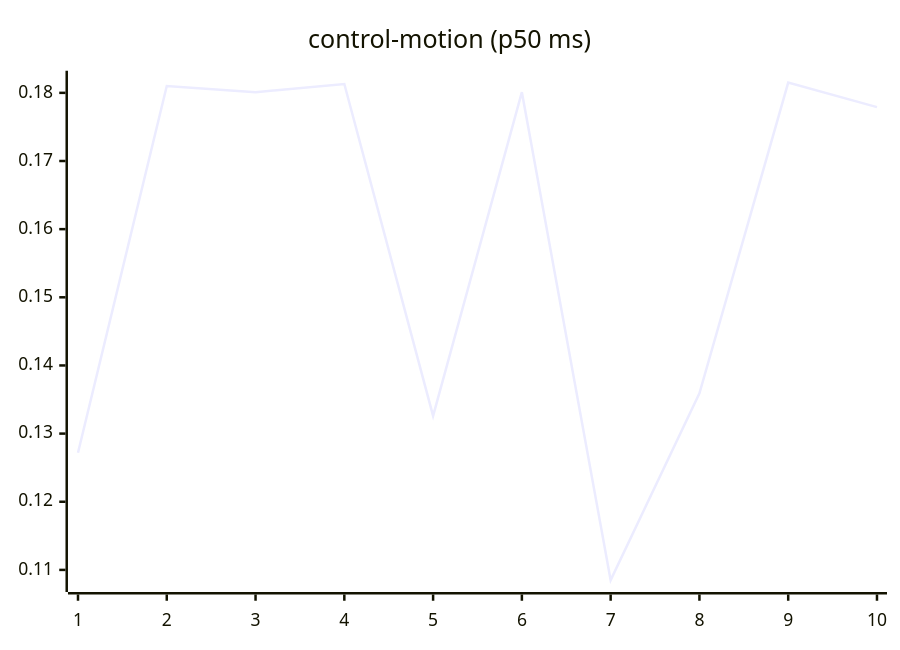
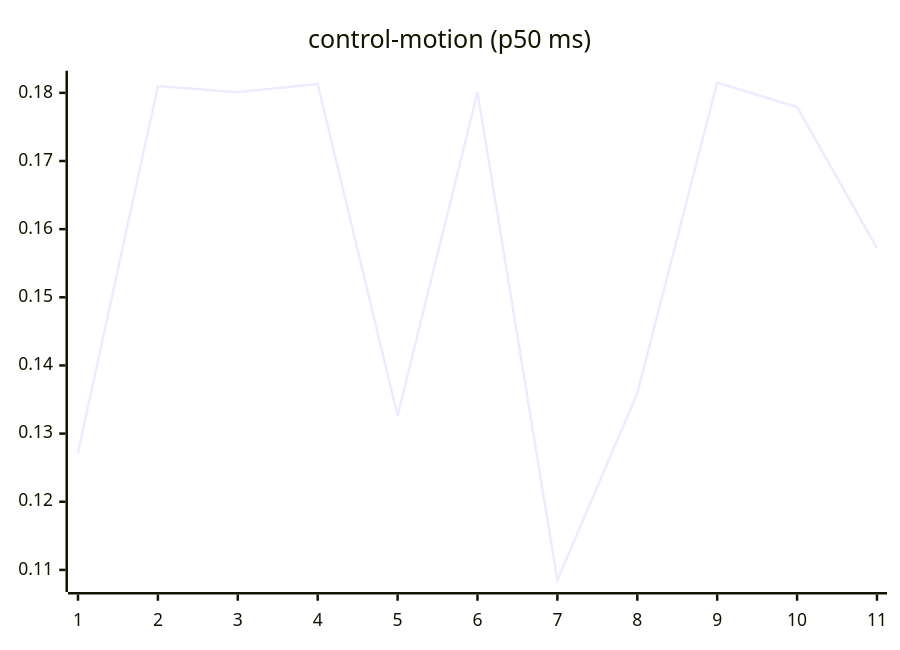
Before and after one commit to josha/Facet: the seventh of 27 diagrams in README.md, drawn with Mermaid. The commit also changed other lines of this file and 2 other files, not shown here.

````diff
--- a/README.md
+++ b/README.md
@@ -105,6 +105,6 @@
 ```mermaid
 xychart-beta
     title "control-motion (p50 ms)"
-    x-axis 1 --> 10
-    line [0.1272, 0.1810, 0.1801, 0.1813, 0.1326, 0.1801, 0.1085, 0.1359, 0.1815, 0.1779]
+    x-axis 1 --> 11
+    line [0.1272, 0.1810, 0.1801, 0.1813, 0.1326, 0.1801, 0.1085, 0.1359, 0.1815, 0.1779, 0.1572]
 ```
````
